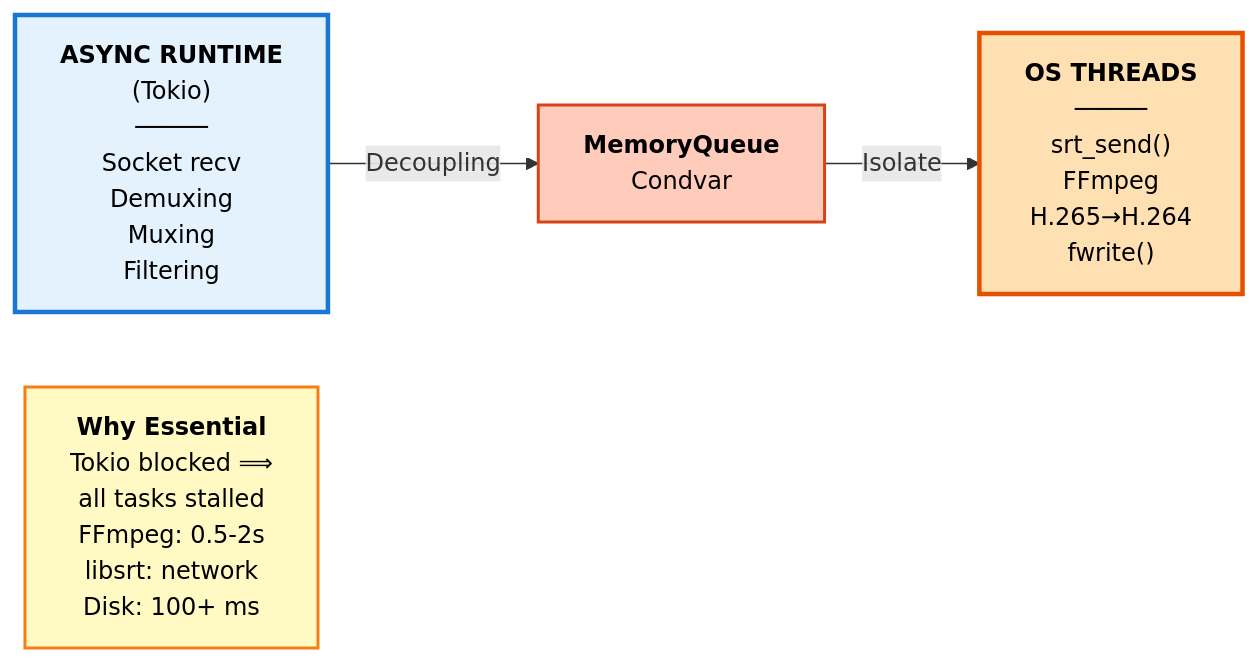
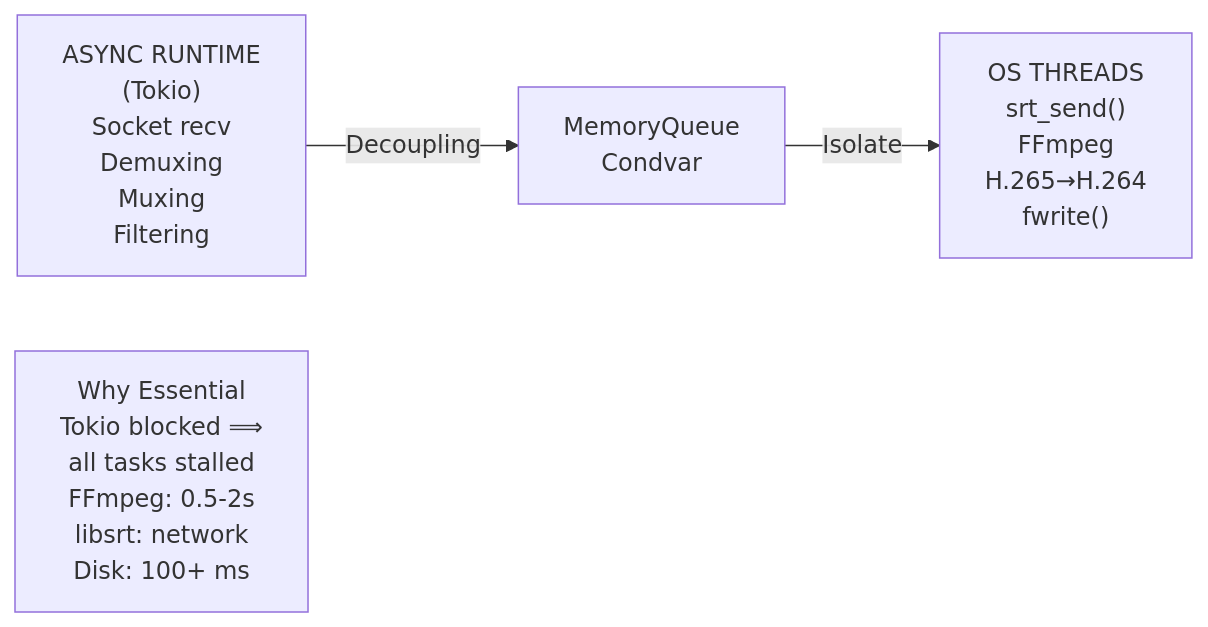
One commit to krsna1729/restream changed the fourth of 24 diagrams in docs/run-to-completion-analysis.md. Above: the diagram before and after it, drawn with Mermaid. The commit also changed other lines of this file and 6 other files, not shown here.

First line of the commit message:
docs: retire duplicate SVG and styled diagram variants

````diff
--- a/docs/run-to-completion-analysis.md
+++ b/docs/run-to-completion-analysis.md
@@ -196,18 +158,13 @@
 ```mermaid
-graph LR
-    Tokio["<b>ASYNC RUNTIME</b><br/>(Tokio)<br/>─────<br/>Socket recv<br/>Demuxing<br/>Muxing<br/>Filtering"]
-    
-    Boundary["<b>MemoryQueue</b><br/>Condvar"]
-    
-    Threads["<b>OS THREADS</b><br/>─────<br/>srt_send()<br/>FFmpeg<br/>H.265→H.264<br/>fwrite()"]
-    
+flowchart LR
+    Tokio["ASYNC RUNTIME<br/>(Tokio)<br/>Socket recv<br/>Demuxing<br/>Muxing<br/>Filtering"]
+
+    Boundary["MemoryQueue<br/>Condvar"]
+
+    Threads["OS THREADS<br/>srt_send()<br/>FFmpeg<br/>H.265→H.264<br/>fwrite()"]
+
     Tokio -->|Decoupling| Boundary
     Boundary -->|Isolate| Threads
-    
-    Why["<b>Why Essential</b><br/>Tokio blocked ⟹<br/>all tasks stalled<br/>FFmpeg: 0.5-2s<br/>libsrt: network<br/>Disk: 100+ ms"]
-    
-    style Tokio fill:#e3f2fd,stroke:#1976d2,stroke-width:3px,color:#000
-    style Boundary fill:#ffccbc,stroke:#d84315,stroke-width:2px,color:#000
-    style Threads fill:#ffe0b2,stroke:#e65100,stroke-width:3px,color:#000
-    style Why fill:#fff9c4,stroke:#f57f17,stroke-width:2px,color:#000
+
+    Why["Why Essential<br/>Tokio blocked ⟹<br/>all tasks stalled<br/>FFmpeg: 0.5-2s<br/>libsrt: network<br/>Disk: 100+ ms"]
 ```
````
